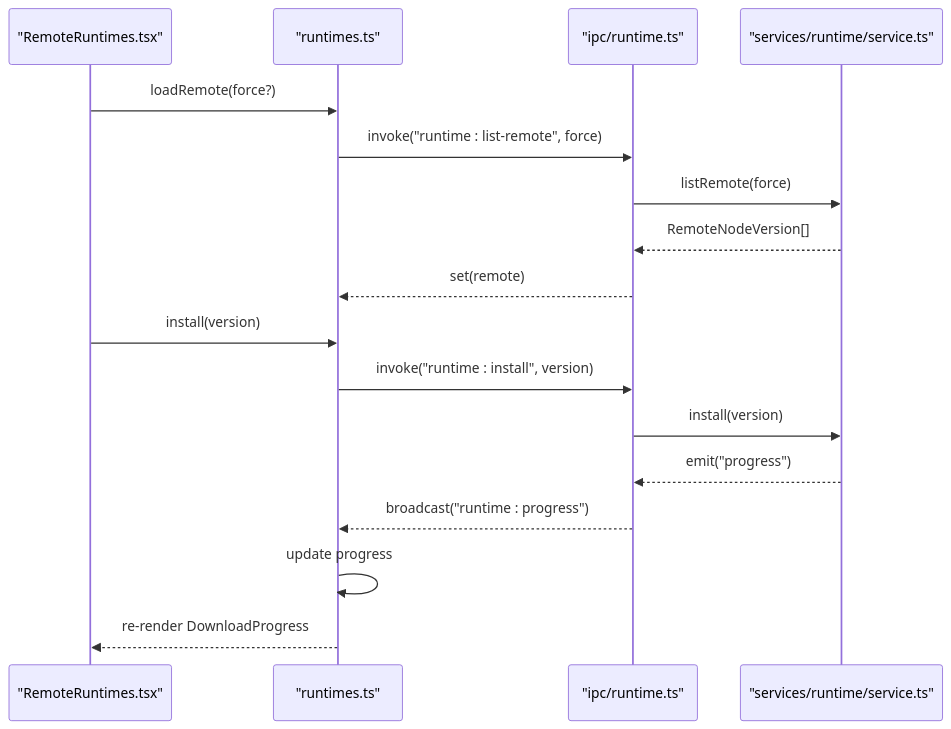
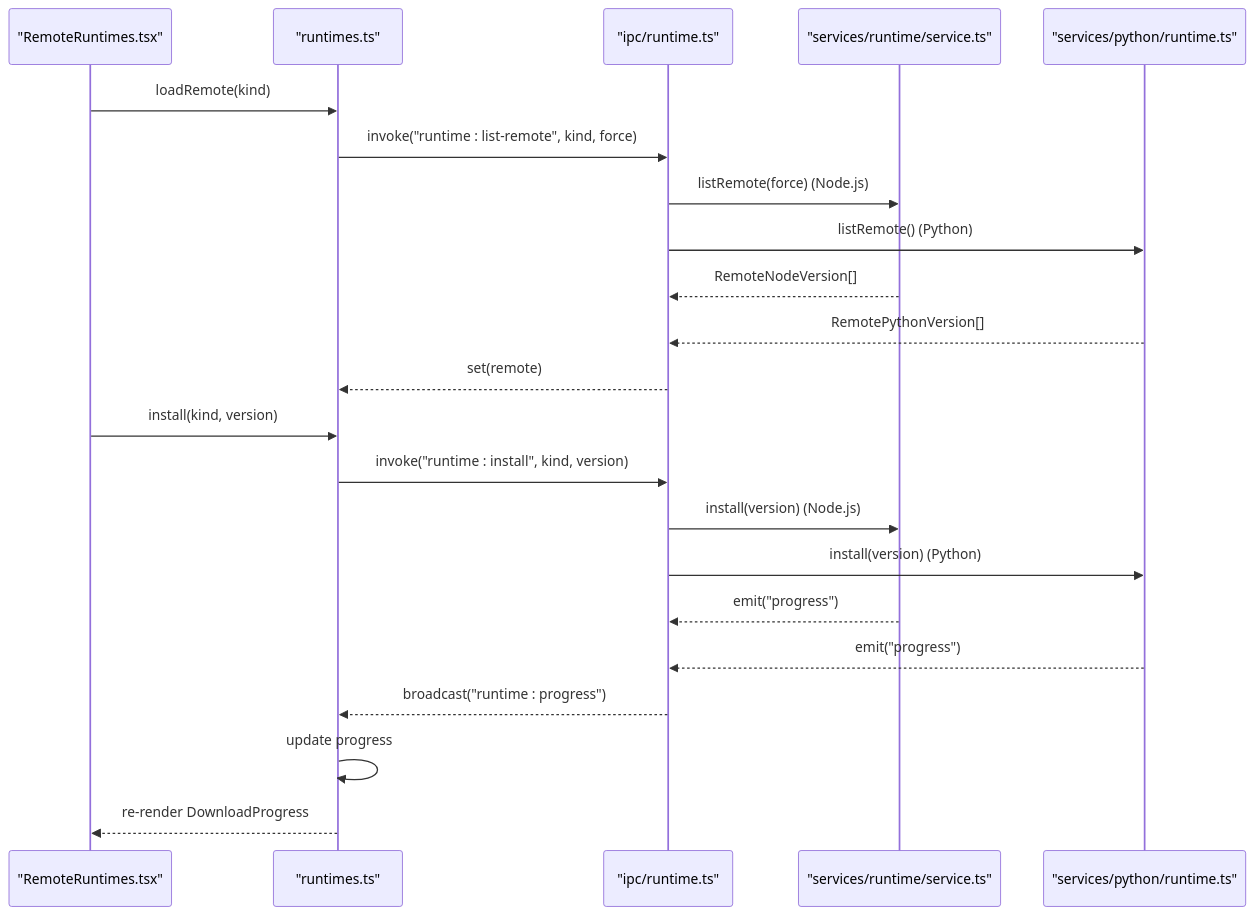
The fourth of 6 diagrams in .qoder/repowiki/zh/content/前端应用架构/页面组件/运行时管理页面.md (hozeeee/script-box), drawn with Mermaid before and after one commit. The commit also changed other lines of this file and 6 other files, not shown here.

First line of the commit message:
feat(runtime): 支持多运行时管理，新增 Python 运行时支持

````diff
--- a/.qoder/repowiki/zh/content/前端应用架构/页面组件/运行时管理页面.md
+++ b/.qoder/repowiki/zh/content/前端应用架构/页面组件/运行时管理页面.md
@@ -200,19 +207,24 @@
 ```mermaid
 sequenceDiagram
 participant UI as "RemoteRuntimes.tsx"
 participant Store as "runtimes.ts"
 participant IPC as "ipc/runtime.ts"
 participant SVC as "services/runtime/service.ts"
-UI->>Store : loadRemote(force?)
-Store->>IPC : invoke("runtime : list-remote", force)
-IPC->>SVC : listRemote(force)
+participant PYC as "services/python/runtime.ts"
+UI->>Store : loadRemote(kind)
+Store->>IPC : invoke("runtime : list-remote", kind, force)
+IPC->>SVC : listRemote(force) (Node.js)
+IPC->>PYC : listRemote() (Python)
 SVC-->>IPC : RemoteNodeVersion[]
+PYC-->>IPC : RemotePythonVersion[]
 IPC-->>Store : set(remote)
-UI->>Store : install(version)
-Store->>IPC : invoke("runtime : install", version)
-IPC->>SVC : install(version)
+UI->>Store : install(kind, version)
+Store->>IPC : invoke("runtime : install", kind, version)
+IPC->>SVC : install(version) (Node.js)
+IPC->>PYC : install(version) (Python)
 SVC-->>IPC : emit("progress")
+PYC-->>IPC : emit("progress")
 IPC-->>Store : broadcast("runtime : progress")
 Store->>Store : update progress
 Store-->>UI : re-render DownloadProgress
 ```
````
